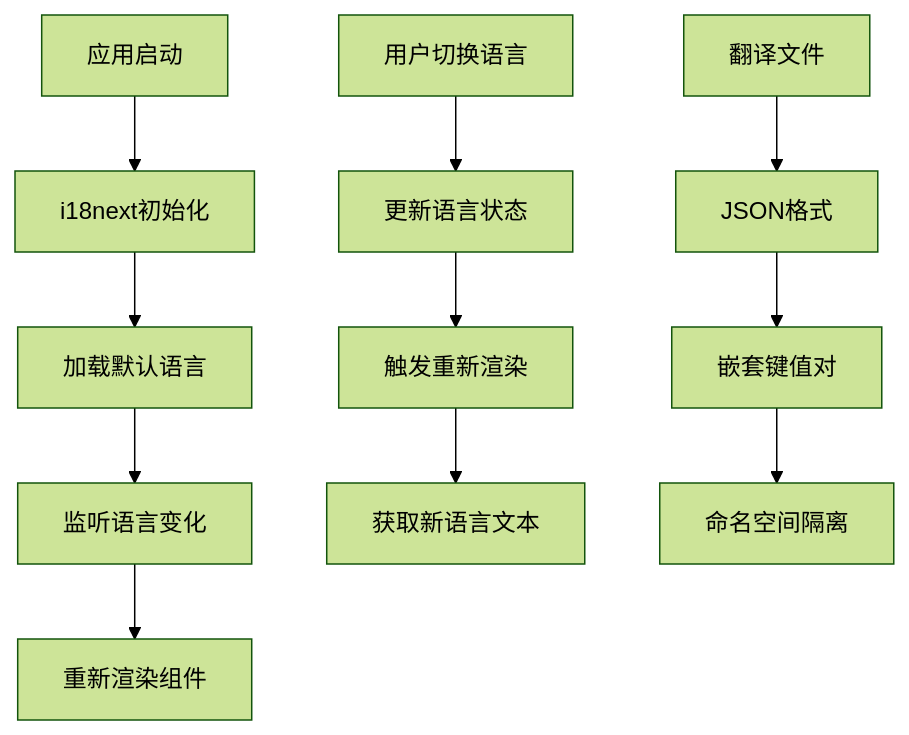
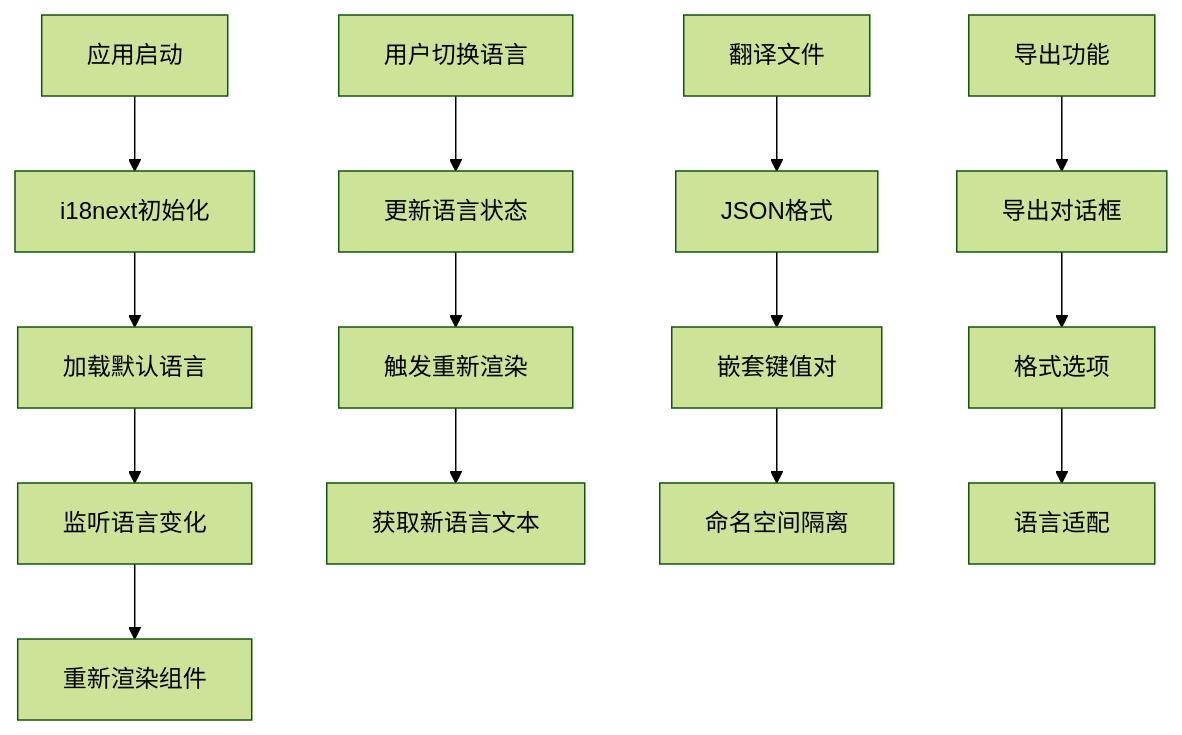
Before and after one commit to gongshiyun/ZenNote: the first of 2 diagrams in .qoder/repowiki/zh/content/国际化.md, drawn with Mermaid (forest theme). The commit also changed other lines of this file and 8 other files, not shown here.

````diff
--- a/.qoder/repowiki/zh/content/国际化.md
+++ b/.qoder/repowiki/zh/content/国际化.md
@@ -41,13 +45,16 @@
 ```mermaid
 graph TD
 A[应用启动] --> B[i18next初始化]
 B --> C[加载默认语言]
 C --> D[监听语言变化]
 D --> E[重新渲染组件]
 F[用户切换语言] --> G[更新语言状态]
 G --> H[触发重新渲染]
 H --> I[获取新语言文本]
 J[翻译文件] --> K[JSON格式]
 K --> L[嵌套键值对]
 L --> M[命名空间隔离]
+N[导出功能] --> O[导出对话框]
+O --> P[格式选项]
+P --> Q[语言适配]
 ```
````
